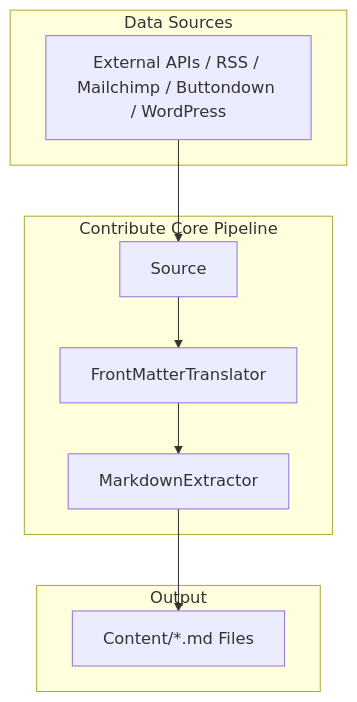
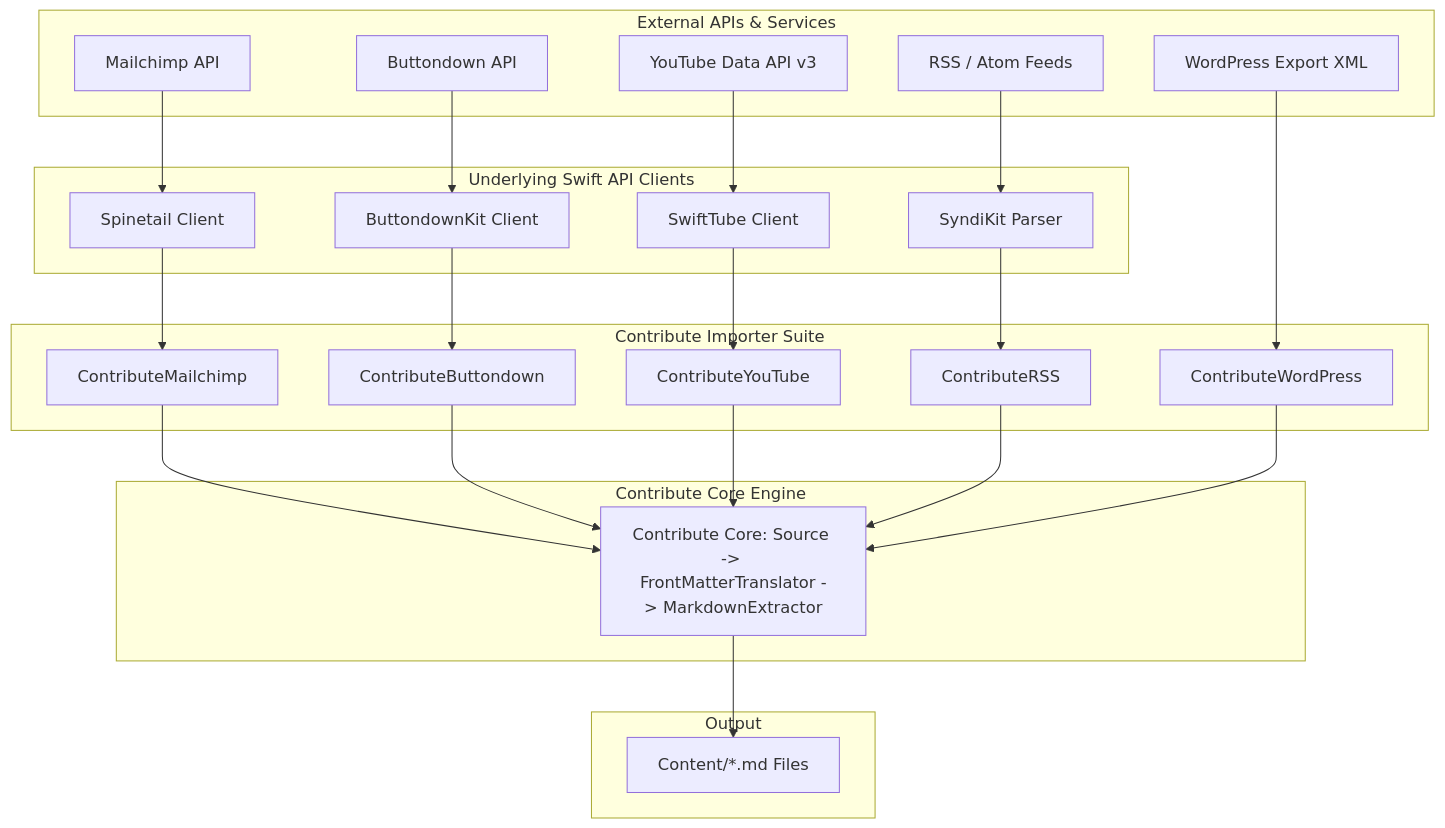
One commit to brightdigit/brightdigit.com changed the second of 3 diagrams in README.md. Above: the diagram before and after it, drawn with Mermaid. The commit also changed other lines of this file and 4 other files, not shown here.

Commit message:
docs: organize fleet by usage, format Content model table, link Contribute to API packages, and relocate root docs to .claude

````diff
--- a/README.md
+++ b/README.md
@@ -89,18 +100,47 @@
 ```mermaid
 flowchart TD
-    subgraph Data Sources
-        API[External APIs / RSS / Mailchimp / Buttondown / WordPress]
+    subgraph External APIs & Services
+        MC[Mailchimp API]
+        BD[Buttondown API]
+        YT[YouTube Data API v3]
+        RSS[RSS / Atom Feeds]
+        WP[WordPress Export XML]
     end
 
-    subgraph Contribute Core Pipeline
-        S[Source] --> T[FrontMatterTranslator]
-        T --> M[MarkdownExtractor]
+    subgraph Underlying Swift API Clients
+        ST[Spinetail Client]
+        BDK[ButtondownKit Client]
+        YTC[SwiftTube Client]
+        SYN[SyndiKit Parser]
+    end
+
+    subgraph Contribute Importer Suite
+        C_MC[ContributeMailchimp]
+        C_BD[ContributeButtondown]
+        C_YT[ContributeYouTube]
+        C_RSS[ContributeRSS]
+        C_WP[ContributeWordPress]
+    end
+
+    subgraph Contribute Core Engine
+        C_CORE[Contribute Core: Source -> FrontMatterTranslator -> MarkdownExtractor]
     end
 
     subgraph Output
         MD[Content/*.md Files]
     end
 
-    API --> S
-    M --> MD
+    MC --> ST --> C_MC
+    BD --> BDK --> C_BD
+    YT --> YTC --> C_YT
+    RSS --> SYN --> C_RSS
+    WP --> C_WP
+
+    C_MC --> C_CORE
+    C_BD --> C_CORE
+    C_YT --> C_CORE
+    C_RSS --> C_CORE
+    C_WP --> C_CORE
+
+    C_CORE --> MD
 ```
````
